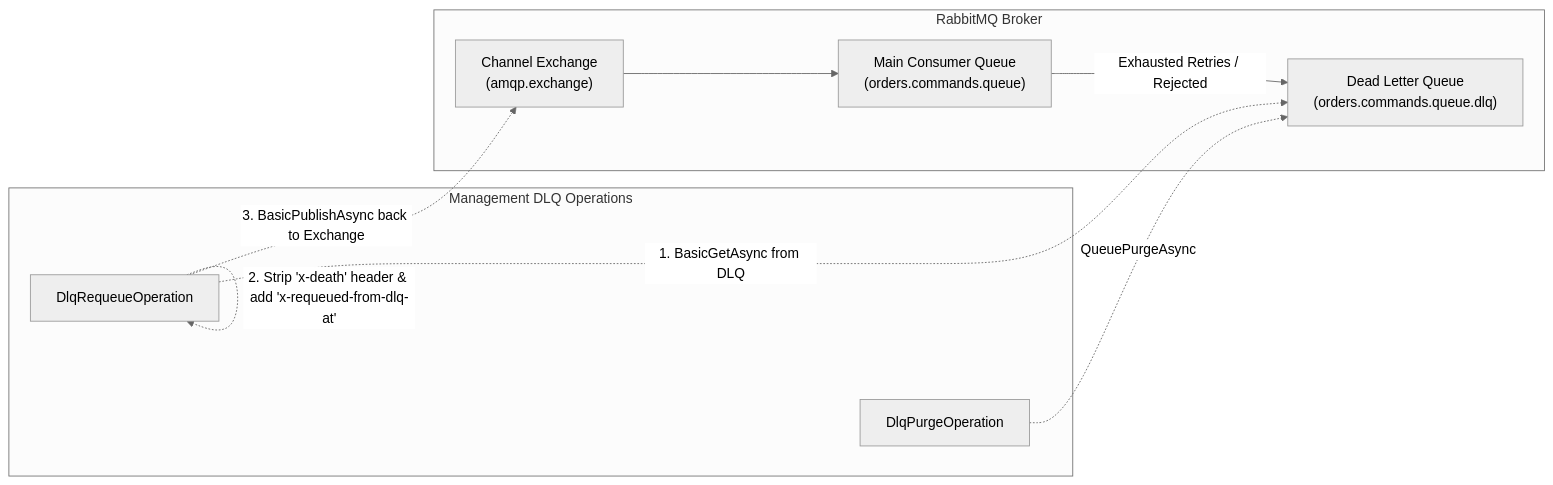
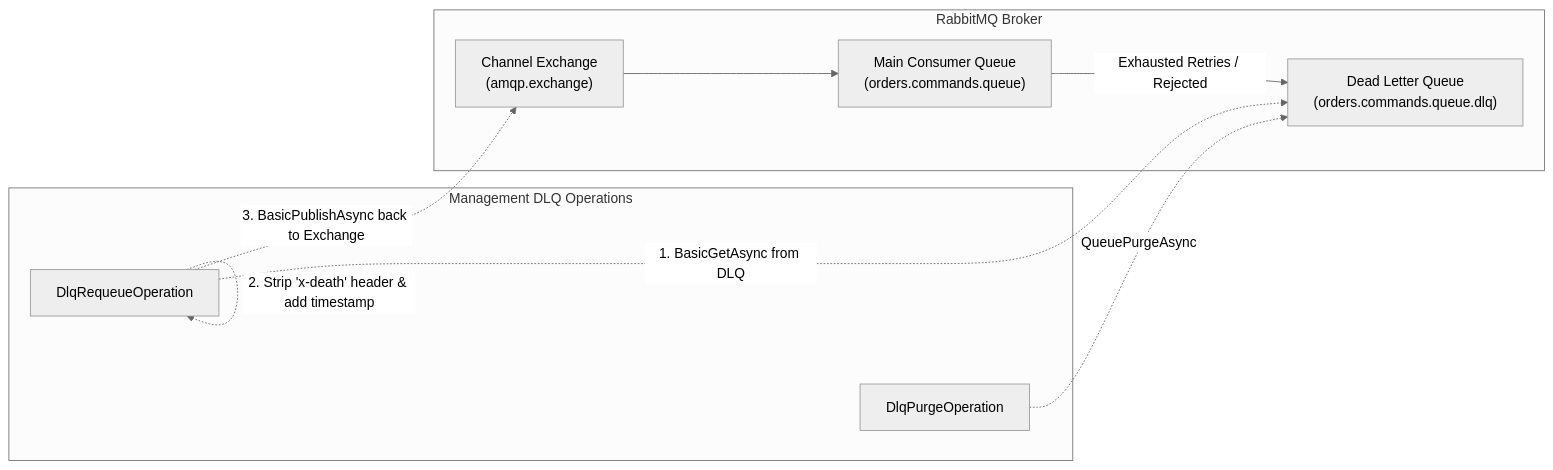
The sixth of 7 diagrams in docs/management-architecture.md (saithis/Ratatoskr), drawn with Mermaid (neutral theme) before and after one commit. The commit also changed other lines of this file and 2 other files, not shown here.

````diff
--- a/docs/management-architecture.md
+++ b/docs/management-architecture.md
@@ -264,22 +271,22 @@
 ```mermaid
 flowchart LR
-    subgraph RabbitMQ Broker
-        Exchange["Channel Exchange\n(amqp.exchange)"]
-        MainQ["Main Consumer Queue\n(orders.commands.queue)"]
-        DLQ["Dead Letter Queue\n(orders.commands.queue.dlq)"]
+    subgraph RmqBroker ["RabbitMQ Broker"]
+        Exchange["Channel Exchange<br/>(amqp.exchange)"]
+        MainQ["Main Consumer Queue<br/>(orders.commands.queue)"]
+        DLQ["Dead Letter Queue<br/>(orders.commands.queue.dlq)"]
     end
 
-    MainQ -->|Exhausted Retries / Rejected| DLQ
+    MainQ -->|"Exhausted Retries / Rejected"| DLQ
 
-    subgraph Management DLQ Operations
+    subgraph DlqOps ["Management DLQ Operations"]
         RequeueOp["DlqRequeueOperation"]
         PurgeOp["DlqPurgeOperation"]
     end
 
-    RequeueOp -.->|1. BasicGetAsync from DLQ| DLQ
-    RequeueOp -.->|2. Strip 'x-death' header & add 'x-requeued-from-dlq-at'| RequeueOp
-    RequeueOp -.->|3. BasicPublishAsync back to Exchange| Exchange
+    RequeueOp -.->|"1. BasicGetAsync from DLQ"| DLQ
+    RequeueOp -.->|"2. Strip 'x-death' header & add timestamp"| RequeueOp
+    RequeueOp -.->|"3. BasicPublishAsync back to Exchange"| Exchange
     Exchange --> MainQ
 
-    PurgeOp -.->|QueuePurgeAsync| DLQ
+    PurgeOp -.->|"QueuePurgeAsync"| DLQ
 ```
````
